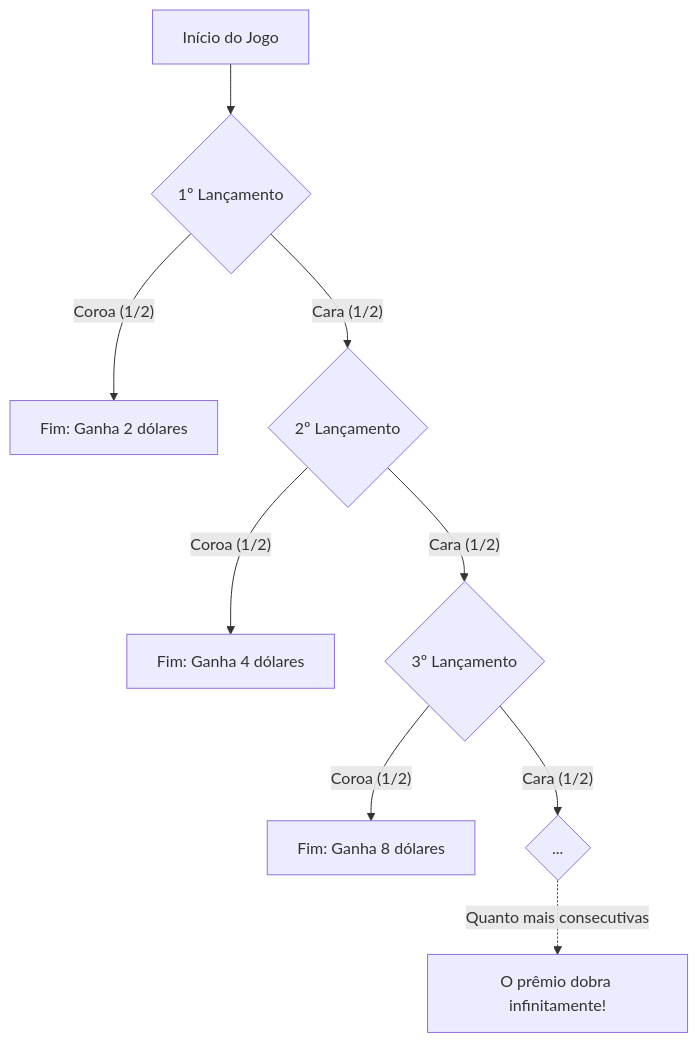
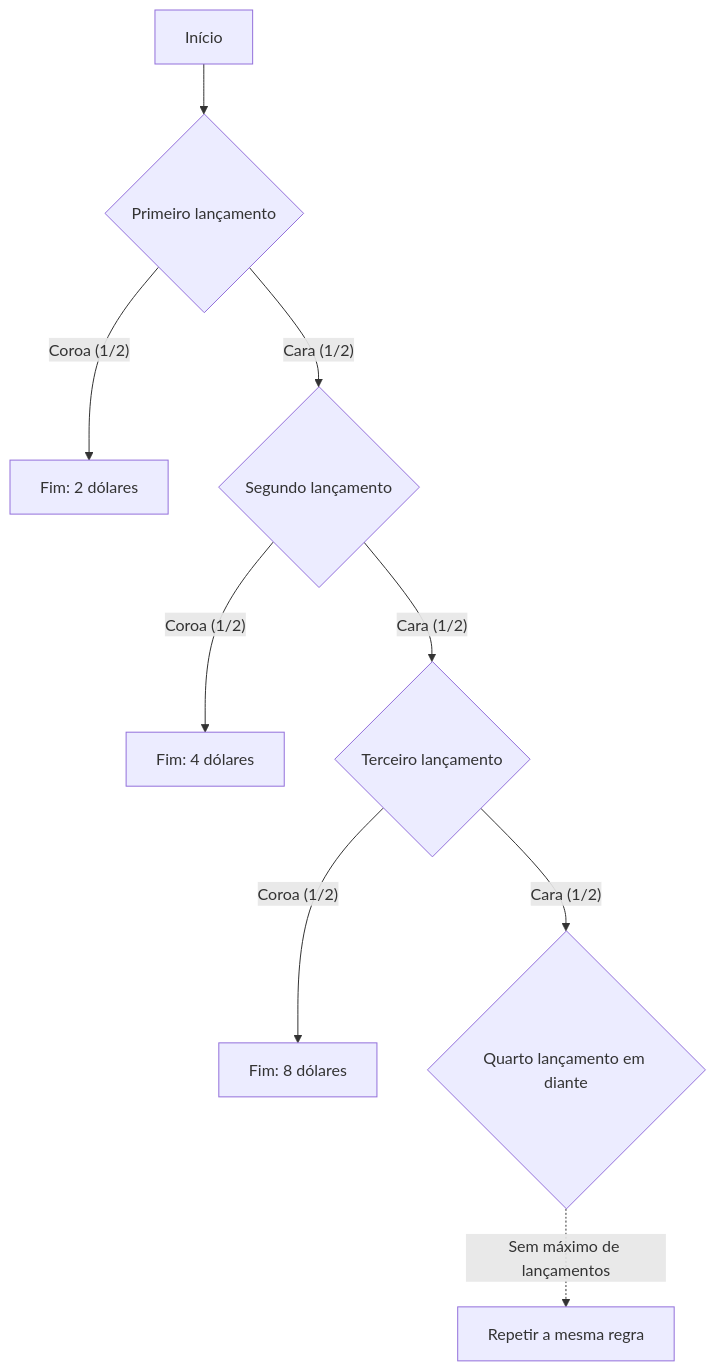
One commit to kenjinote/blog changed the diagram in content/post/サンクトペテルブルクのパラドックス/index.pt.md. Above: the diagram before and after it, drawn with Mermaid. The commit also changed other lines of this file and 8 other files, not shown here.

````diff
--- a/content/post/サンクトペテルブルクのパラドックス/index.pt.md
+++ b/content/post/サンクトペテルブルクのパラドックス/index.pt.md
@@ -33,15 +32,11 @@
 ```mermaid
 graph TD
-    Start["Início do Jogo"] --> Toss1{"1º Lançamento"}
-    
-    Toss1 -->|"Coroa (1/2)"| End1["Fim: Ganha 2 dólares"]
-    Toss1 -->|"Cara (1/2)"| Toss2{"2º Lançamento"}
-    
-    Toss2 -->|"Coroa (1/2)"| End2["Fim: Ganha 4 dólares"]
-    Toss2 -->|"Cara (1/2)"| Toss3{"3º Lançamento"}
-    
-    Toss3 -->|"Coroa (1/2)"| End3["Fim: Ganha 8 dólares"]
-    Toss3 -->|"Cara (1/2)"| Toss4{"..."}
-    
-    Toss4 -.->|"Quanto mais consecutivas"| Infinite["O prêmio dobra infinitamente!"]
+    Start["Início"] --> Toss1{"Primeiro lançamento"}
+    Toss1 -->|"Coroa (1/2)"| End1["Fim: 2 dólares"]
+    Toss1 -->|"Cara (1/2)"| Toss2{"Segundo lançamento"}
+    Toss2 -->|"Coroa (1/2)"| End2["Fim: 4 dólares"]
+    Toss2 -->|"Cara (1/2)"| Toss3{"Terceiro lançamento"}
+    Toss3 -->|"Coroa (1/2)"| End3["Fim: 8 dólares"]
+    Toss3 -->|"Cara (1/2)"| Toss4{"Quarto lançamento em diante"}
+    Toss4 -.->|"Sem máximo de lançamentos"| Continue["Repetir a mesma regra"]
 ```
````
